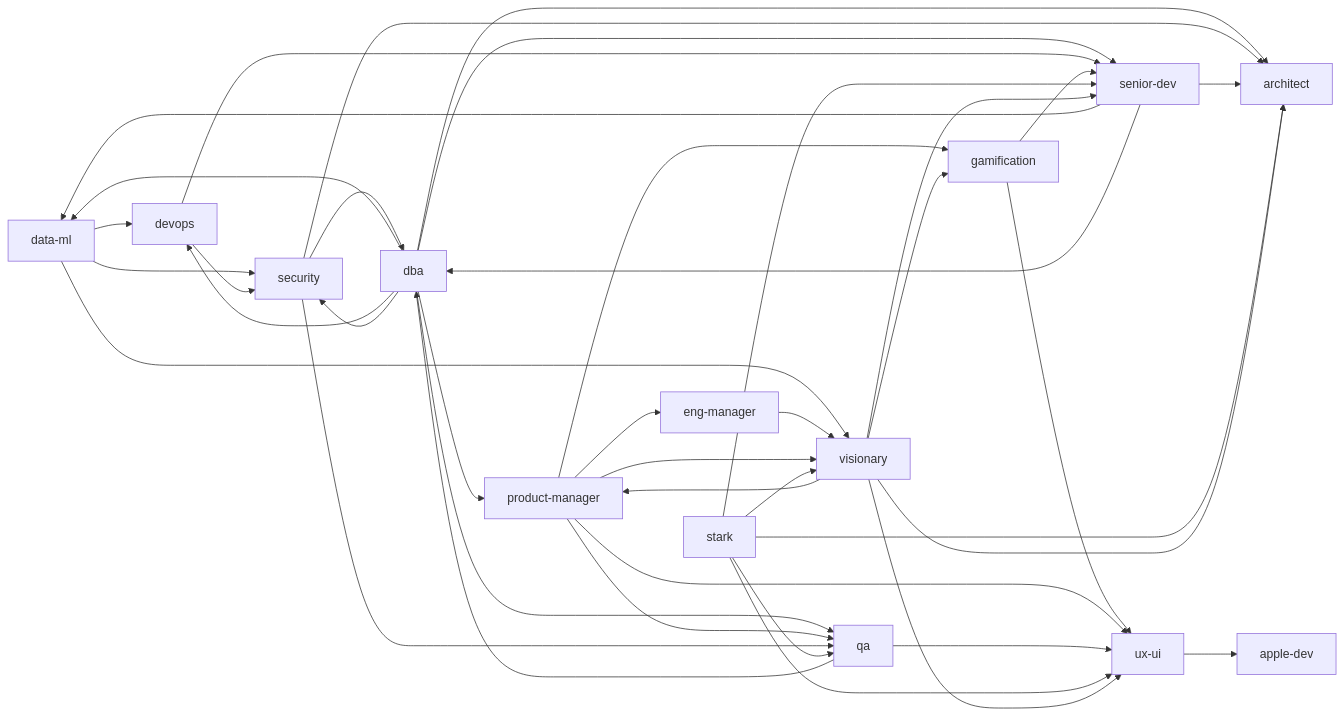
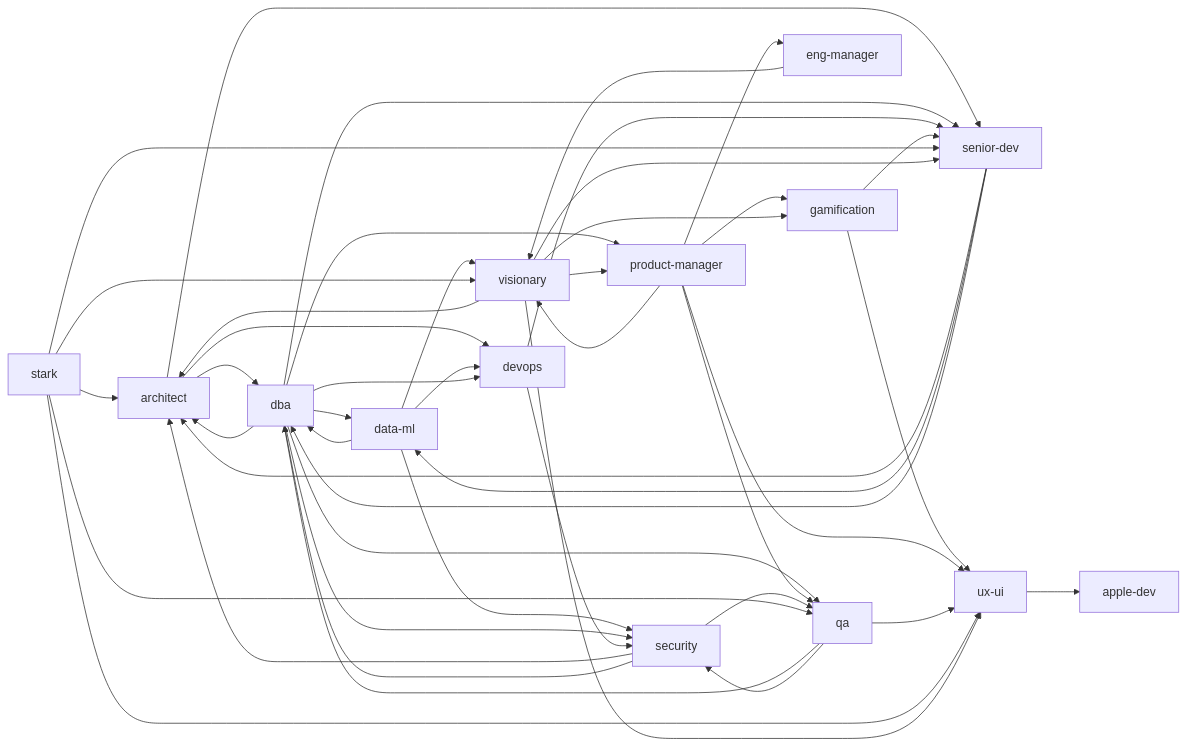
The second of 4 diagrams in GRAPH.md (jrodrigopuca/local-agents), drawn with Mermaid before and after one commit. The commit also changed other lines of this file and 10 other files, not shown here.

````diff
--- a/GRAPH.md
+++ b/GRAPH.md
@@ -58,53 +58,59 @@
 ```mermaid
 flowchart LR
+    architect --> dba
+    architect --> devops
+    architect --> senior-dev
+
+    data-ml --> dba
     data-ml --> devops
     data-ml --> security
     data-ml --> visionary
 
     dba --> architect
     dba --> data-ml
     dba --> devops
     dba --> product-manager
     dba --> qa
     dba --> security
     dba --> senior-dev
 
     devops --> security
     devops --> senior-dev
 
     eng-manager --> visionary
 
     gamification --> senior-dev
     gamification --> ux-ui
 
     product-manager --> eng-manager
     product-manager --> gamification
     product-manager --> qa
     product-manager --> ux-ui
     product-manager --> visionary
 
     qa --> dba
+    qa --> security
     qa --> ux-ui
 
     security --> architect
     security --> dba
     security --> qa
 
     senior-dev --> architect
     senior-dev --> data-ml
     senior-dev --> dba
 
     stark --> architect
     stark --> qa
     stark --> senior-dev
     stark --> ux-ui
     stark --> visionary
 
     ux-ui --> apple-dev
 
     visionary --> architect
     visionary --> gamification
     visionary --> product-manager
     visionary --> senior-dev
     visionary --> ux-ui
 ```
````
